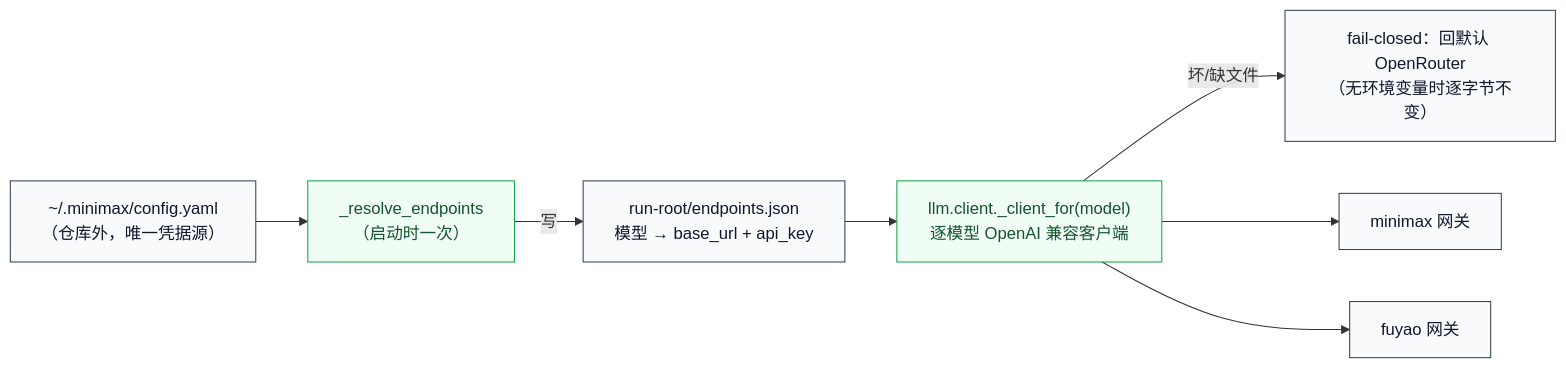
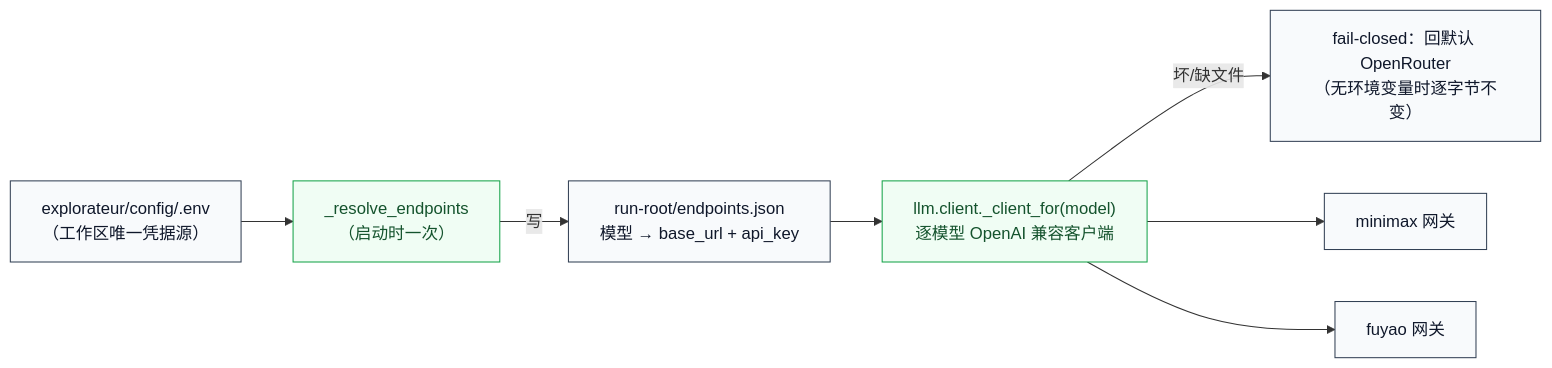
Before and after one commit to feuyeux/explorateur: the ninth of 9 diagrams in théâtre/ARCHITECTURE.md, drawn with Mermaid. The commit also changed other lines of this file and 227 other files, not shown here.

````diff
--- a/théâtre/ARCHITECTURE.md
+++ b/théâtre/ARCHITECTURE.md
@@ -420,15 +364,15 @@
 ```mermaid
 flowchart LR
-    CFG["~/.minimax/config.yaml<br/>（仓库外，唯一凭据源）"] --> RE["_resolve_endpoints<br/>（启动时一次）"]
+    CFG["explorateur/config/.env<br/>（工作区唯一凭据源）"] --> RE["_resolve_endpoints<br/>（启动时一次）"]
     RE -->|"写"| EP["run-root/endpoints.json<br/>模型 → base_url + api_key"]
     EP --> CLI["llm.client._client_for(model)<br/>逐模型 OpenAI 兼容客户端"]
     CLI -->|"坏/缺文件"| FB["fail-closed：回默认 OpenRouter<br/>（无环境变量时逐字节不变）"]
     CLI --> G1["minimax 网关"]
     CLI --> G2["fuyao 网关"]
 
     classDef host fill:#f0fdf4,stroke:#16a34a,color:#14532d
     classDef neutral fill:#f8fafc,stroke:#334155,color:#0f172a
     class CFG neutral
     class RE,CLI host
     class EP,FB,G1,G2 neutral
 ```
````
